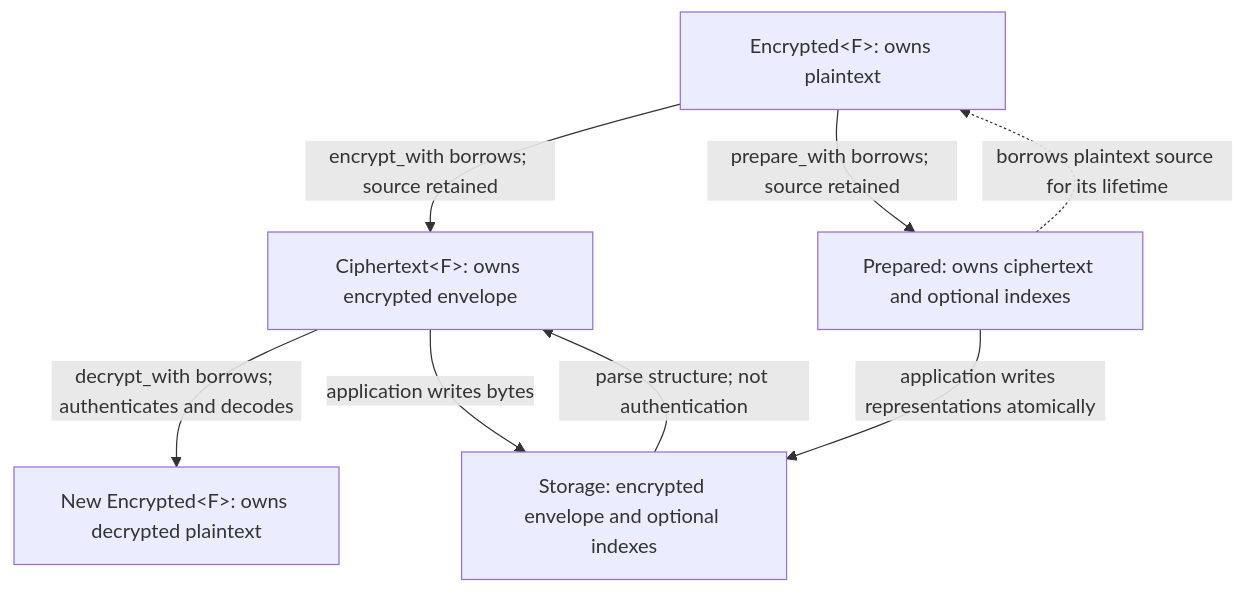
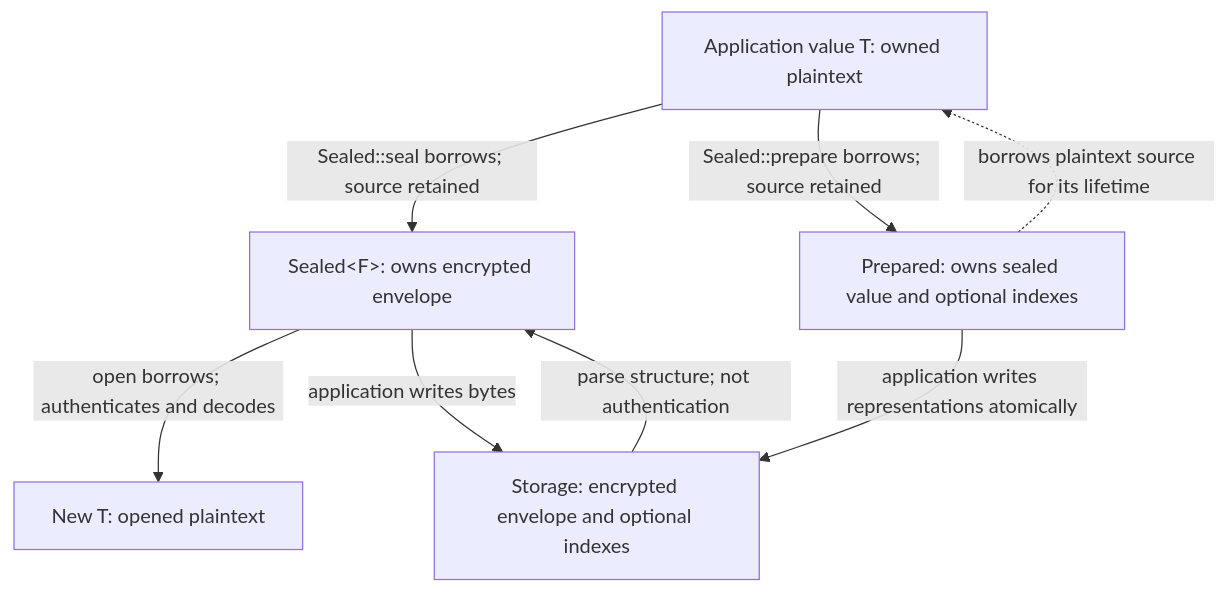
One commit to sagikazarmark/cryptbox changed the diagram in docs/diagrams/lifecycle.mmd. Above: the diagram before and after it, drawn with Mermaid. The commit also changed 81 other files, not shown here.

First line of the commit message:
feat!: seal values under a runtime binding with Sealed and Plain

```diff
--- a/docs/diagrams/lifecycle.mmd
+++ b/docs/diagrams/lifecycle.mmd
@@ -1,13 +1,13 @@
 flowchart TB
-    E["Encrypted&lt;F&gt;: owns plaintext"]
-    C["Ciphertext&lt;F&gt;: owns encrypted envelope"]
-    D["New Encrypted&lt;F&gt;: owns decrypted plaintext"]
-    P["Prepared: owns ciphertext and optional indexes"]
+    E["Application value T: owned plaintext"]
+    C["Sealed&lt;F&gt;: owns encrypted envelope"]
+    D["New T: opened plaintext"]
+    P["Prepared: owns sealed value and optional indexes"]
     S["Storage: encrypted envelope and optional indexes"]
-    E -->|"encrypt_with borrows; source retained"| C
-    C -->|"decrypt_with borrows; authenticates and decodes"| D
-    E -->|"prepare_with borrows; source retained"| P
+    E -->|"Sealed::seal borrows; source retained"| C
+    C -->|"open borrows; authenticates and decodes"| D
+    E -->|"Sealed::prepare borrows; source retained"| P
     P -.->|"borrows plaintext source for its lifetime"| E
     P -->|"application writes representations atomically"| S
     C -->|"application writes bytes"| S
     S -->|"parse structure; not authentication"| C
```
